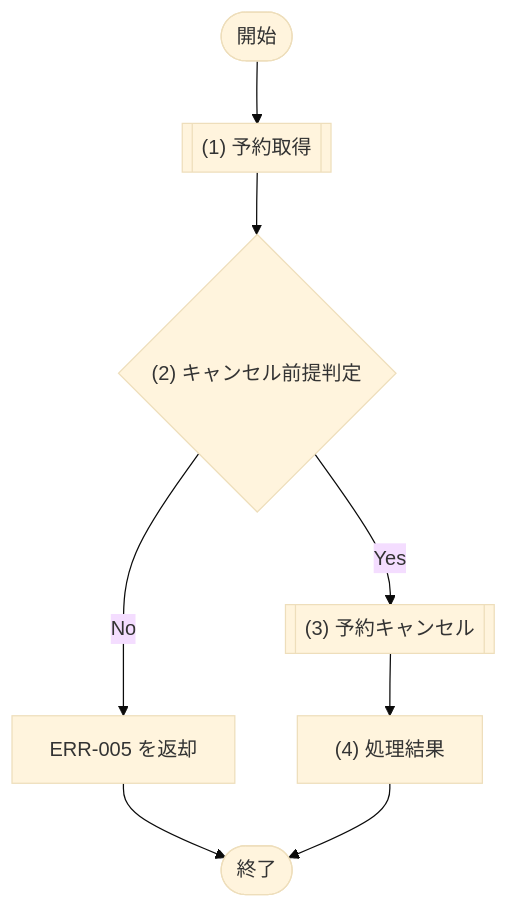
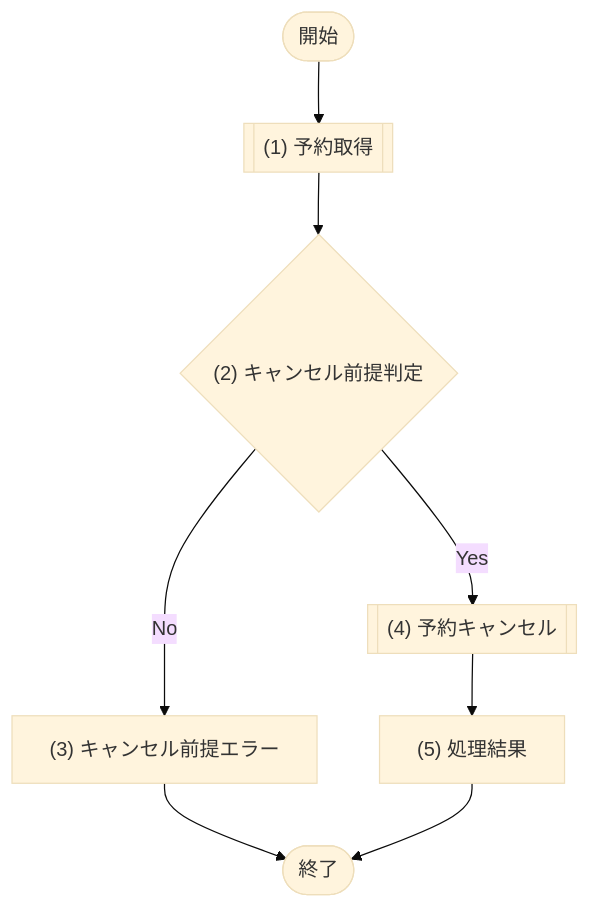
One commit to sikakou54/system-document-template changed the diagram in docs/03_機能設計/03_API設計/API-005_予約キャンセル.md. Above: the diagram before and after it, drawn with Mermaid (base theme). The commit also changed other lines of this file and 32 other files, not shown here.

````diff
--- a/docs/03_機能設計/03_API設計/API-005_予約キャンセル.md
+++ b/docs/03_機能設計/03_API設計/API-005_予約キャンセル.md
@@ -36,14 +36,14 @@
 ```mermaid
 flowchart TD
   Start([開始])
   P1[["(1) 予約取得"]]
   D1{"(2) キャンセル前提判定"}
-  E1["ERR-005 を返却"]
-  P2[["(3) 予約キャンセル"]]
-  P3["(4) 処理結果"]
+  E1["(3) キャンセル前提エラー"]
+  P2[["(4) 予約キャンセル"]]
+  P3["(5) 処理結果"]
   End([終了])
 
   Start --> P1 --> D1
   D1 -- "No" --> E1 --> End
   D1 -- "Yes" --> P2 --> P3 --> End
 ```
````
